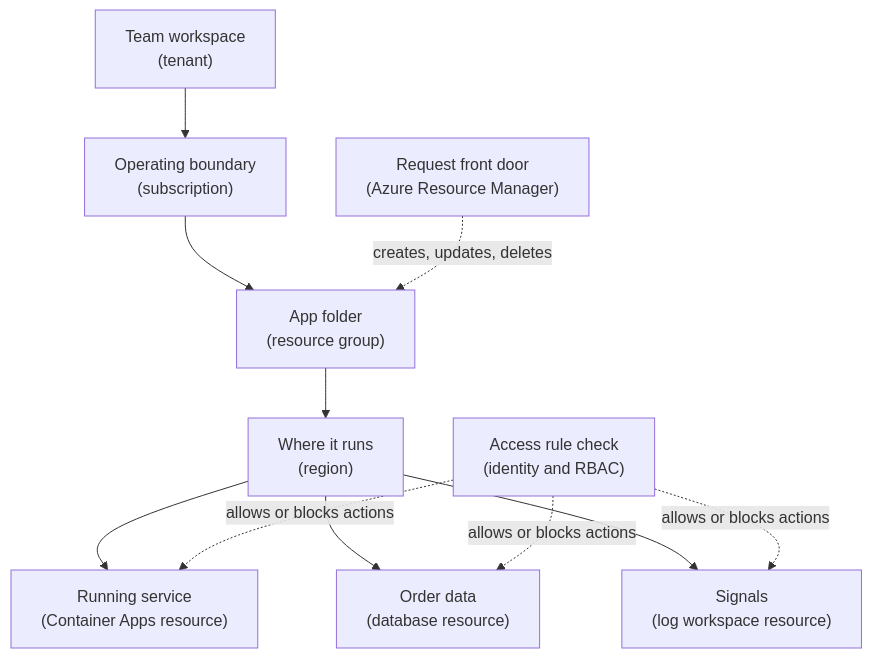
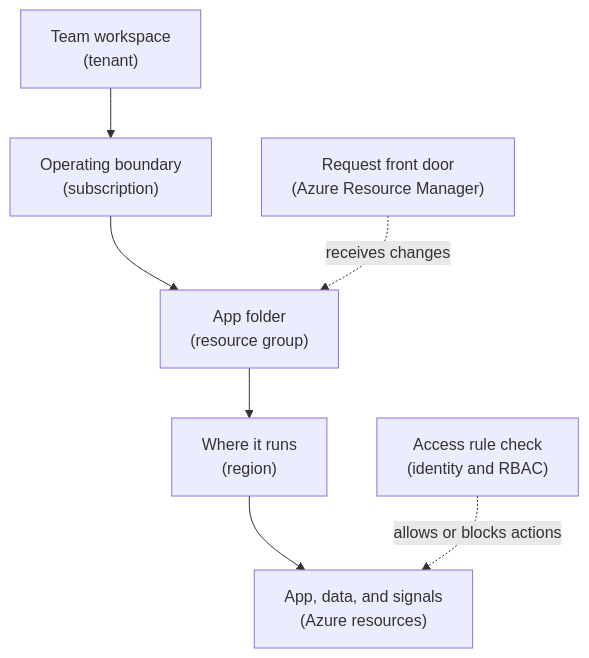
One commit to senlinyy/dev-roadmaps changed the diagram in cloud-providers/azure/foundations/azure-mental-model.md. Above: the diagram before and after it, drawn with Mermaid. The commit also changed other lines of this file and 89 other files, not shown here.

````diff
--- a/cloud-providers/azure/foundations/azure-mental-model.md
+++ b/cloud-providers/azure/foundations/azure-mental-model.md
@@ -139,23 +139,17 @@
 ```mermaid
 graph TD
     TEAM["Team workspace<br/>(tenant)"]
     SUB["Operating boundary<br/>(subscription)"]
     RG["App folder<br/>(resource group)"]
     REGION["Where it runs<br/>(region)"]
-    APP["Running service<br/>(Container Apps resource)"]
-    DB["Order data<br/>(database resource)"]
-    LOGS["Signals<br/>(log workspace resource)"]
+    RESOURCES["App, data, and signals<br/>(Azure resources)"]
     ARM["Request front door<br/>(Azure Resource Manager)"]
     IDENTITY["Access rule check<br/>(identity and RBAC)"]
 
     TEAM --> SUB
     SUB --> RG
     RG --> REGION
-    REGION --> APP
-    REGION --> DB
-    REGION --> LOGS
-    ARM -. "creates, updates, deletes" .-> RG
-    IDENTITY -. "allows or blocks actions" .-> APP
-    IDENTITY -. "allows or blocks actions" .-> DB
-    IDENTITY -. "allows or blocks actions" .-> LOGS
+    REGION --> RESOURCES
+    ARM -. "receives changes" .-> RG
+    IDENTITY -. "allows or blocks actions" .-> RESOURCES
 ```
````
